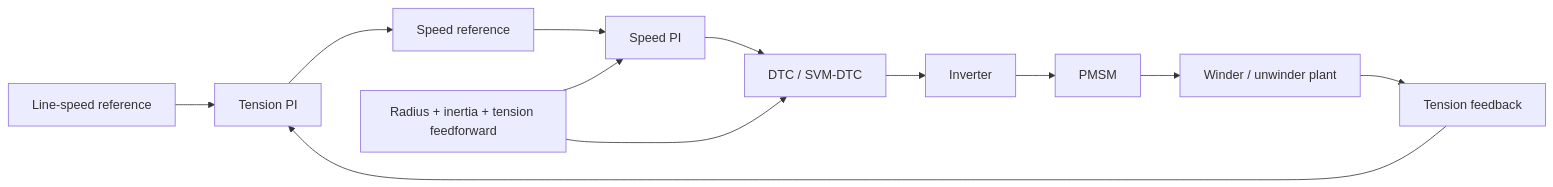
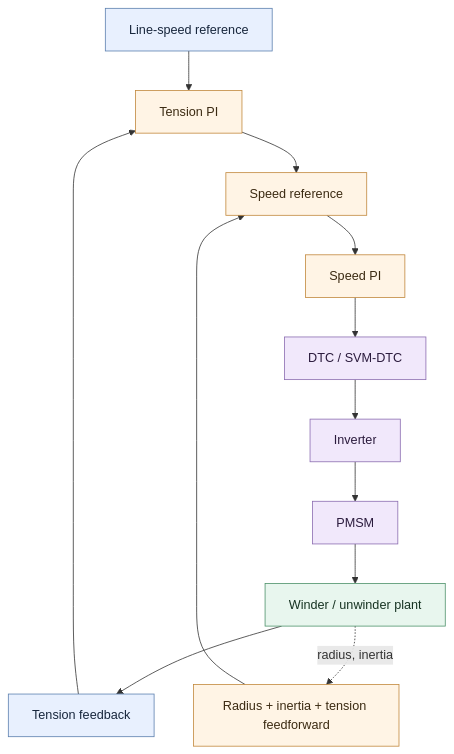
Before and after one commit to kunalkushwahatg/Direct-torque-control-of-PMSM-motor: the diagram in README.md, drawn with Mermaid. The commit also changed 1 other file, not shown here.

Commit message:
Improve Mermaid architecture diagrams with layered vertical layout

````diff
--- a/README.md
+++ b/README.md
@@ -28,14 +28,23 @@
 ```mermaid
-flowchart LR
-    A[Line-speed reference] --> B[Tension PI]
-    C[Tension feedback] --> B
-    B --> D[Speed reference]
-    D --> E[Speed PI]
-    E --> F[DTC / SVM-DTC]
-    F --> G[Inverter]
-    G --> H[PMSM]
-    H --> I[Winder / unwinder plant]
-    I --> C
-    J[Radius + inertia + tension feedforward] --> E
-    J --> F
+flowchart TB
+    L["Line-speed reference"] --> TPI["Tension PI"]
+    FB["Tension feedback"] --> TPI
+    TPI --> WREF["Speed reference"]
+    FF["Radius + inertia + tension feedforward"] --> WREF
+    WREF --> SPD["Speed PI"]
+    SPD --> DTC["DTC / SVM-DTC"]
+    DTC --> INV["Inverter"]
+    INV --> PMSM["PMSM"]
+    PMSM --> WIND["Winder / unwinder plant"]
+    WIND --> FB
+    WIND -. "radius, inertia" .-> FF
+
+    classDef ref fill:#e8f0fe,stroke:#5b7fae,color:#17263c;
+    classDef ctrl fill:#fff4e5,stroke:#c1873b,color:#3b2a12;
+    classDef drive fill:#f1e8fb,stroke:#8a6bb0,color:#2b1b3d;
+    classDef plant fill:#e8f6ee,stroke:#4c9169,color:#163322;
+    class L,FB ref;
+    class TPI,FF,WREF,SPD ctrl;
+    class DTC,INV,PMSM drive;
+    class WIND plant;
 ```
````
